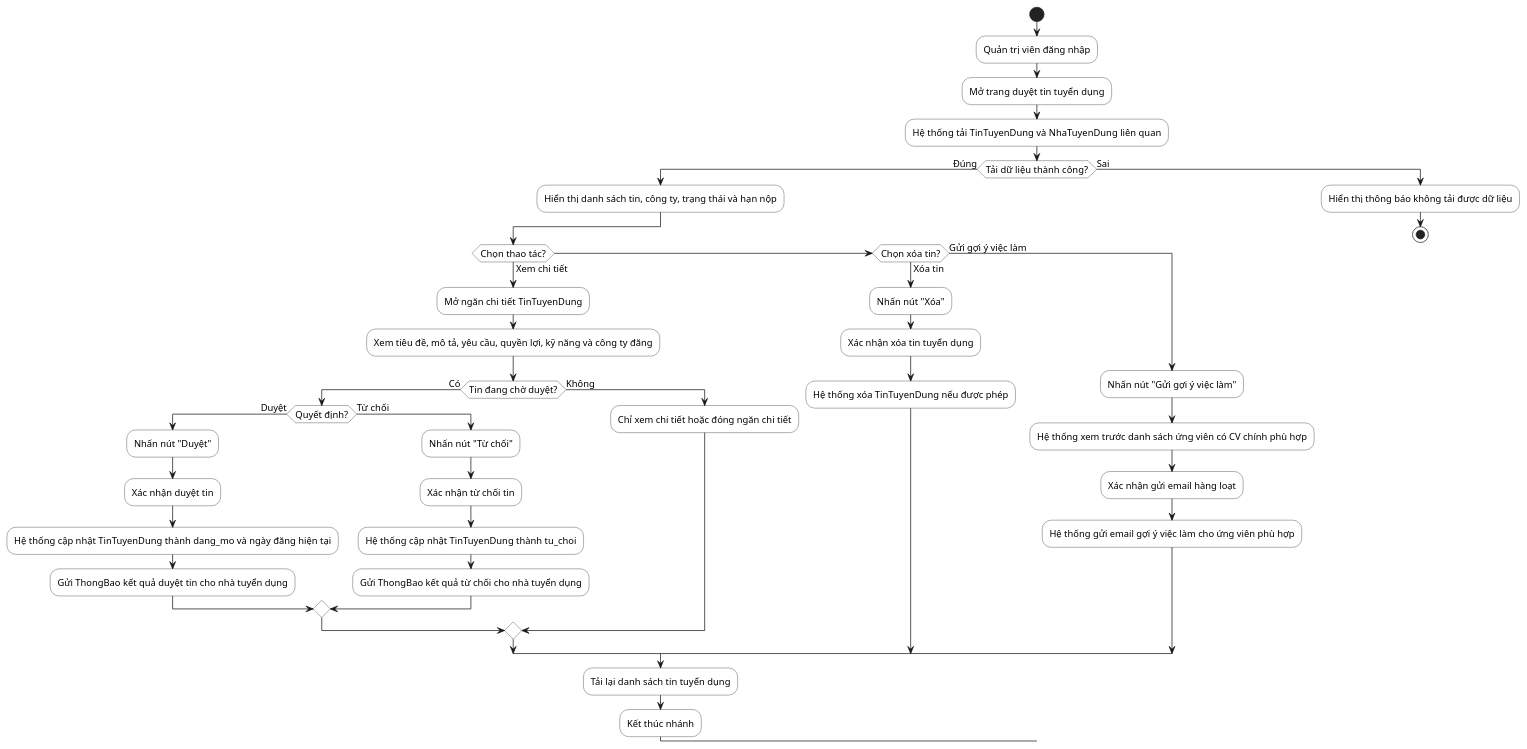
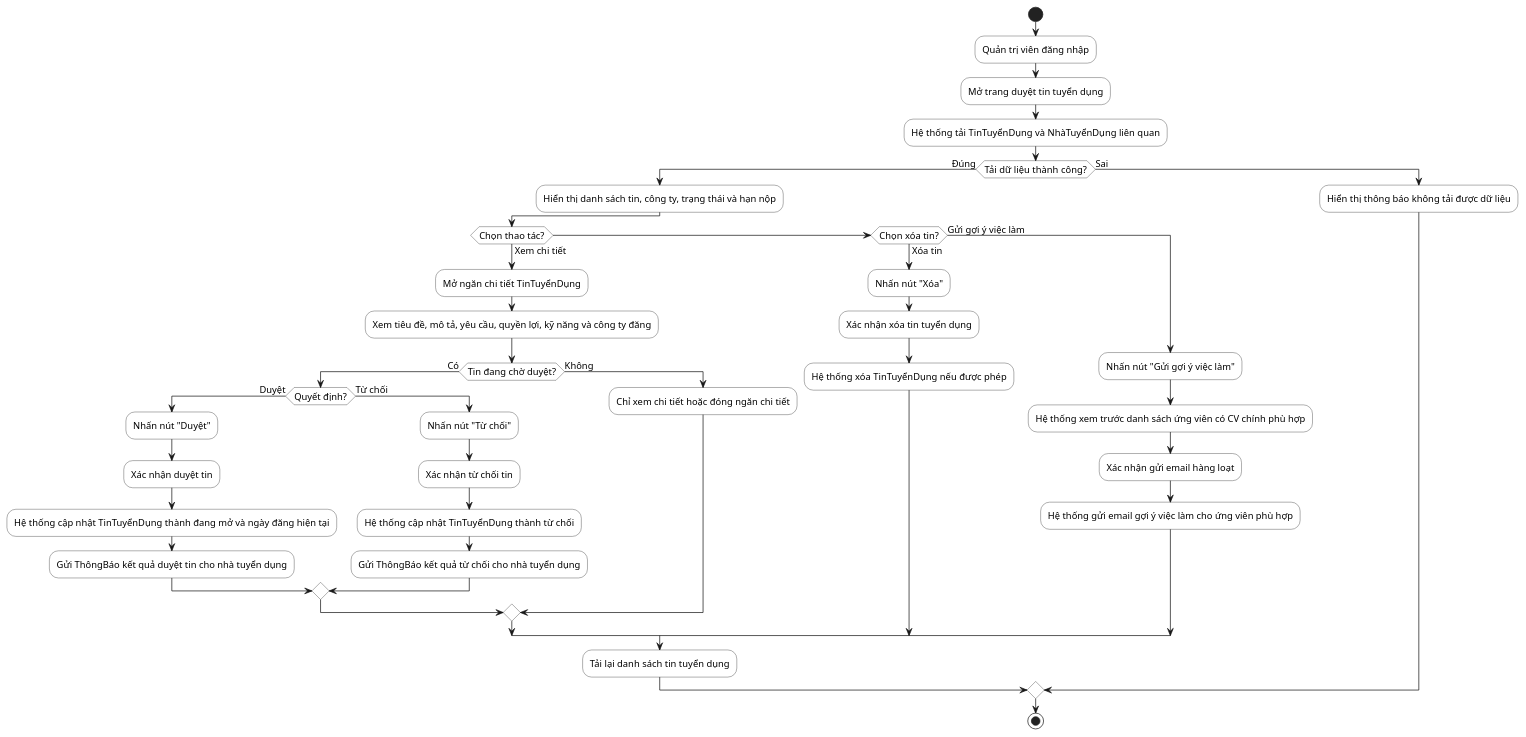
The diagram in docs/so-do/02-activity/22-activity-duyet-tin-tuyen-dung.puml (hole-six/DoAn), drawn with PlantUML before and after one commit. The commit also changed 1039 other files, not shown here.

```diff
--- a/docs/so-do/02-activity/22-activity-duyet-tin-tuyen-dung.puml
+++ b/docs/so-do/02-activity/22-activity-duyet-tin-tuyen-dung.puml
@@ -1,53 +1,52 @@
 @startuml
 skinparam defaultFontName "Segoe UI"
 skinparam defaultFontSize 13
 skinparam shadowing false
 skinparam linetype ortho
 skinparam activity {
   BackgroundColor White
   BorderColor #222222
   DiamondBackgroundColor White
   DiamondBorderColor #222222
   BarColor #111111
 }
 start
 :Quản trị viên đăng nhập;
 :Mở trang duyệt tin tuyển dụng;
-:Hệ thống tải TinTuyenDung và NhaTuyenDung liên quan;
+:Hệ thống tải TinTuyểnDụng và NhàTuyểnDụng liên quan;
 if (Tải dữ liệu thành công?) then (Đúng)
   :Hiển thị danh sách tin, công ty, trạng thái và hạn nộp;
   if (Chọn thao tác?) then (Xem chi tiết)
-    :Mở ngăn chi tiết TinTuyenDung;
+    :Mở ngăn chi tiết TinTuyểnDụng;
     :Xem tiêu đề, mô tả, yêu cầu, quyền lợi, kỹ năng và công ty đăng;
     if (Tin đang chờ duyệt?) then (Có)
       if (Quyết định?) then (Duyệt)
         :Nhấn nút "Duyệt";
         :Xác nhận duyệt tin;
-        :Hệ thống cập nhật TinTuyenDung thành dang_mo và ngày đăng hiện tại;
-        :Gửi ThongBao kết quả duyệt tin cho nhà tuyển dụng;
+        :Hệ thống cập nhật TinTuyểnDụng thành đang mở và ngày đăng hiện tại;
+        :Gửi ThôngBáo kết quả duyệt tin cho nhà tuyển dụng;
       else (Từ chối)
         :Nhấn nút "Từ chối";
         :Xác nhận từ chối tin;
-        :Hệ thống cập nhật TinTuyenDung thành tu_choi;
-        :Gửi ThongBao kết quả từ chối cho nhà tuyển dụng;
+        :Hệ thống cập nhật TinTuyểnDụng thành từ chối;
+        :Gửi ThôngBáo kết quả từ chối cho nhà tuyển dụng;
       endif
     else (Không)
       :Chỉ xem chi tiết hoặc đóng ngăn chi tiết;
     endif
   elseif (Chọn xóa tin?) then (Xóa tin)
     :Nhấn nút "Xóa";
     :Xác nhận xóa tin tuyển dụng;
-    :Hệ thống xóa TinTuyenDung nếu được phép;
+    :Hệ thống xóa TinTuyểnDụng nếu được phép;
   else (Gửi gợi ý việc làm)
     :Nhấn nút "Gửi gợi ý việc làm";
     :Hệ thống xem trước danh sách ứng viên có CV chính phù hợp;
     :Xác nhận gửi email hàng loạt;
     :Hệ thống gửi email gợi ý việc làm cho ứng viên phù hợp;
   endif
   :Tải lại danh sách tin tuyển dụng;
-  :Kết thúc nhánh;
 else (Sai)
   :Hiển thị thông báo không tải được dữ liệu;
-  stop
 endif
+stop
 @enduml
```
